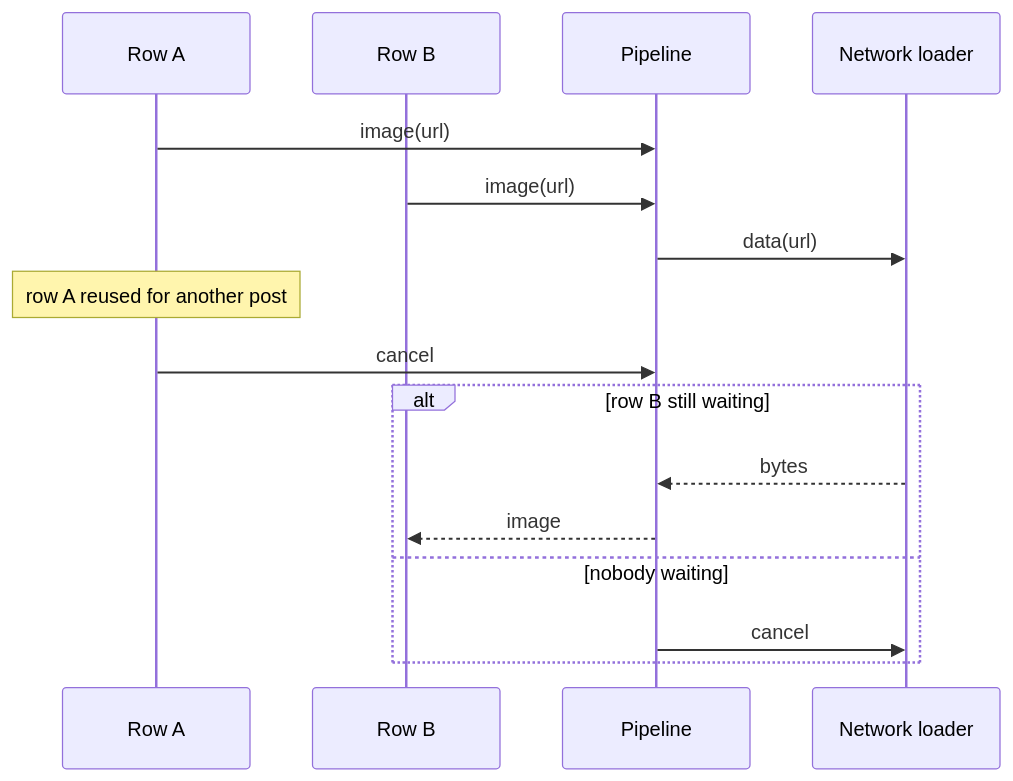
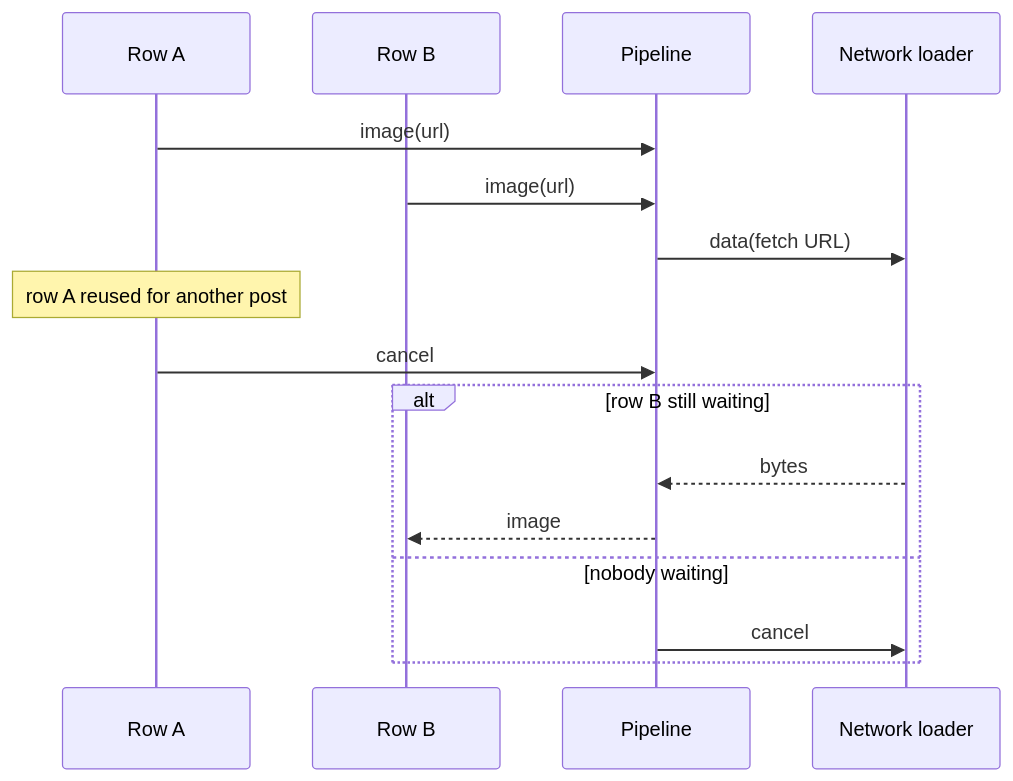
The third of 3 diagrams in topics/system-design/01-image-loading-and-caching-library.md (rezabina86/reference-desk), drawn with Mermaid before and after one commit. The commit also changed other lines of this file and 19 other files, not shown here.

````diff
--- a/topics/system-design/01-image-loading-and-caching-library.md
+++ b/topics/system-design/01-image-loading-and-caching-library.md
@@ -351,18 +440,18 @@
 ```mermaid
 sequenceDiagram
   participant A as Row A
   participant B as Row B
   participant P as Pipeline
   participant L as Network loader
   A->>P: image(url)
   B->>P: image(url)
-  P->>L: data(url)
+  P->>L: data(fetch URL)
   Note over A: row A reused for another post
   A->>P: cancel
   alt row B still waiting
     L-->>P: bytes
     P-->>B: image
   else nobody waiting
     P->>L: cancel
   end
 ```
````
